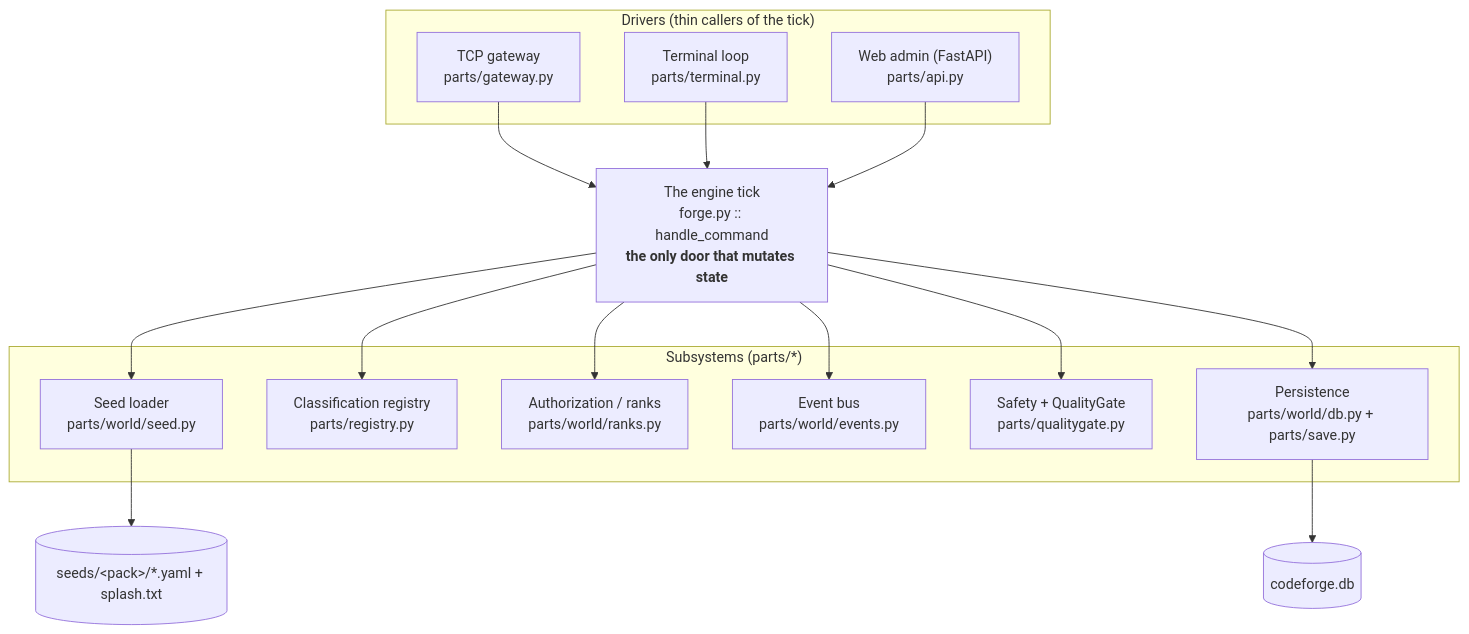
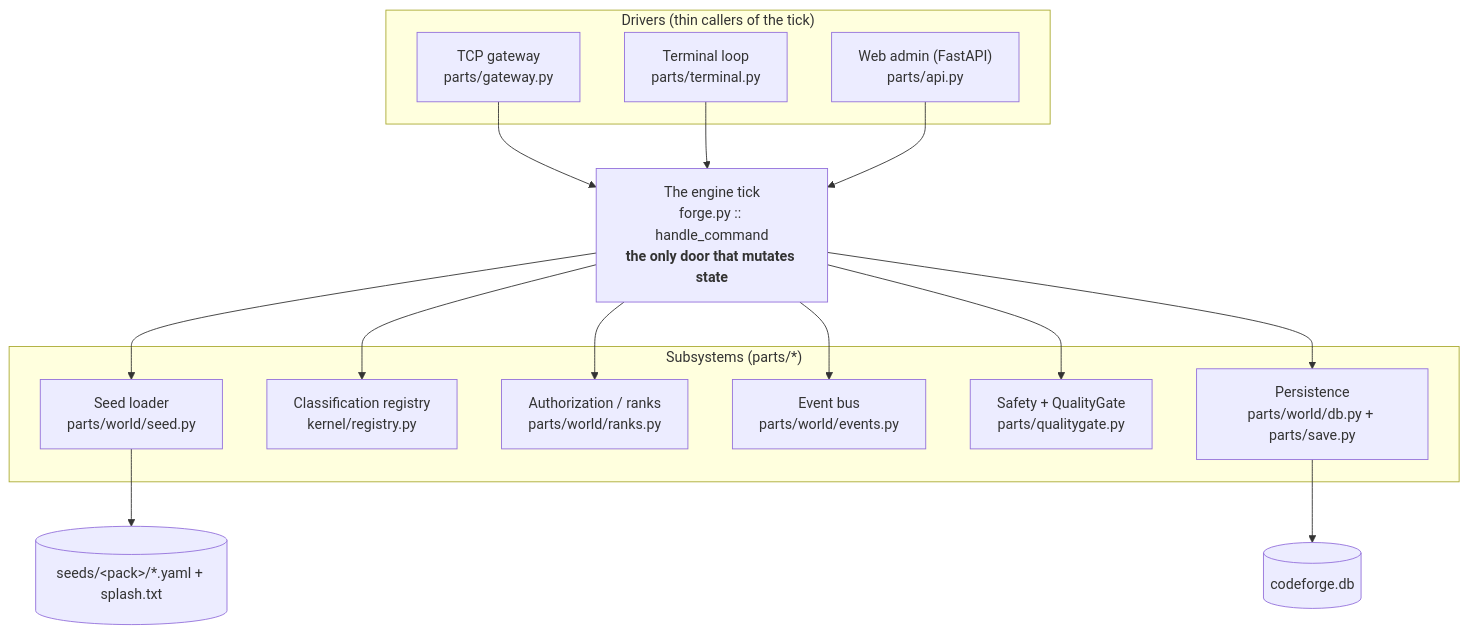
The second of 2 diagrams in docs/architecture_c4.md (MatrymLabs/codeforge), drawn with Mermaid before and after one commit. The commit also changed other lines of this file and 55 other files, not shown here.

````diff
--- a/docs/architecture_c4.md
+++ b/docs/architecture_c4.md
@@ -39,34 +39,34 @@
 ```mermaid
 flowchart TB
     subgraph drivers["Drivers (thin callers of the tick)"]
         tcp["TCP gateway<br/>parts/gateway.py"]
         term["Terminal loop<br/>parts/terminal.py"]
         web["Web admin (FastAPI)<br/>parts/api.py"]
     end
 
     tick["The engine tick<br/>forge.py :: handle_command<br/><b>the only door that mutates state</b>"]
 
     subgraph subsystems["Subsystems (parts/*)"]
         seedloader["Seed loader<br/>parts/world/seed.py"]
-        registry["Classification registry<br/>parts/registry.py"]
+        registry["Classification registry<br/>kernel/registry.py"]
         ranks["Authorization / ranks<br/>parts/world/ranks.py"]
         events["Event bus<br/>parts/world/events.py"]
         quality["Safety + QualityGate<br/>parts/qualitygate.py"]
         persistence["Persistence<br/>parts/world/db.py + parts/save.py"]
     end
 
     seedsdata[("seeds/&lt;pack&gt;/*.yaml + splash.txt")]
     dbfile[("codeforge.db")]
 
     tcp --> tick
     term --> tick
     web --> tick
     tick --> ranks
     tick --> registry
     tick --> events
     tick --> quality
     tick --> seedloader
     seedloader --> seedsdata
     tick --> persistence
     persistence --> dbfile
 ```
````
